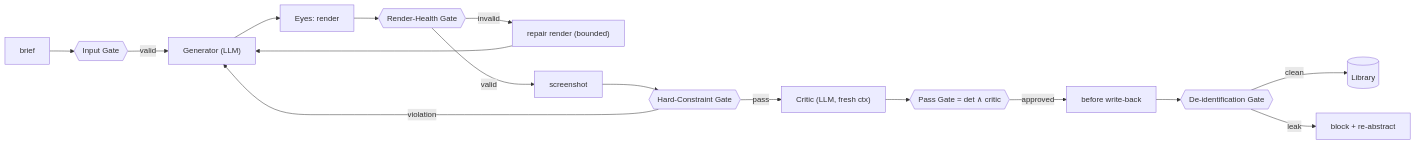
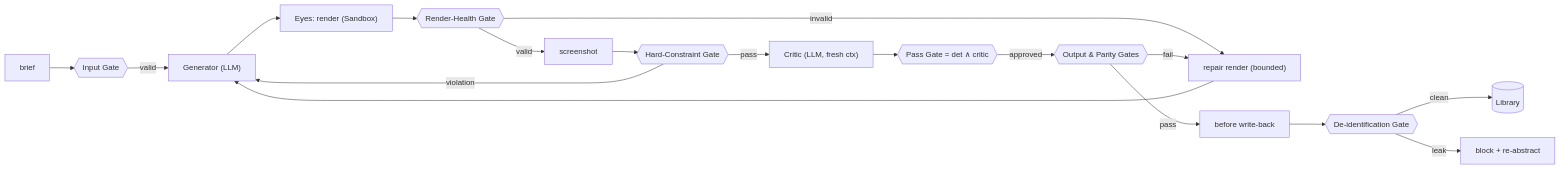
One commit to dev8xofficial/TroopHunter changed the diagram in future-pipeline/autonomous-design-engine/spec/11-guardrails-and-invariants.md. Above: the diagram before and after it, drawn with Mermaid. The commit also changed other lines of this file and 20 other files, not shown here.

````diff
--- a/future-pipeline/autonomous-design-engine/spec/11-guardrails-and-invariants.md
+++ b/future-pipeline/autonomous-design-engine/spec/11-guardrails-and-invariants.md
@@ -28,17 +28,19 @@
 ```mermaid
 flowchart LR
     BRIEF["brief"] --> IG{{"Input Gate"}}
     IG -->|valid| GEN["Generator (LLM)"]
-    GEN --> REN["Eyes: render"]
+    GEN --> REN["Eyes: render (Sandbox)"]
     REN --> RHG{{"Render-Health Gate"}}
     RHG -->|invalid| FIX["repair render (bounded)"] --> GEN
     RHG -->|valid| SHOT["screenshot"]
     SHOT --> HCG{{"Hard-Constraint Gate"}}
     HCG -->|violation| GEN
     HCG -->|pass| CRIT["Critic (LLM, fresh ctx)"]
     CRIT --> PG{{"Pass Gate = det ∧ critic"}}
-    PG -->|approved| WB
-    WB["before write-back"] --> DIG{{"De-identification Gate"}}
+    PG -->|approved| OQG{{"Output & Parity Gates"}}
+    OQG -->|fail| FIX
+    OQG -->|pass| WB["before write-back"]
+    WB --> DIG{{"De-identification Gate"}}
     DIG -->|clean| LIB[("Library")]
     DIG -->|leak| BLOCK["block + re-abstract"]
 ```
````
